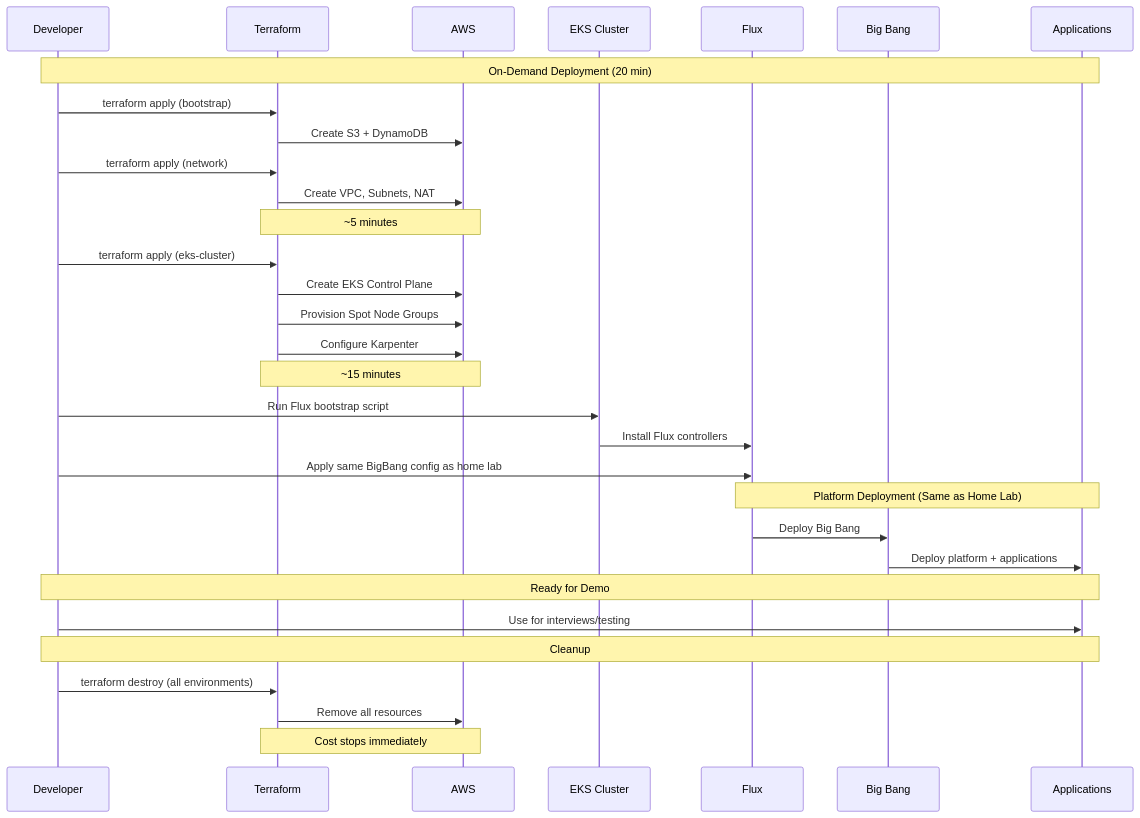
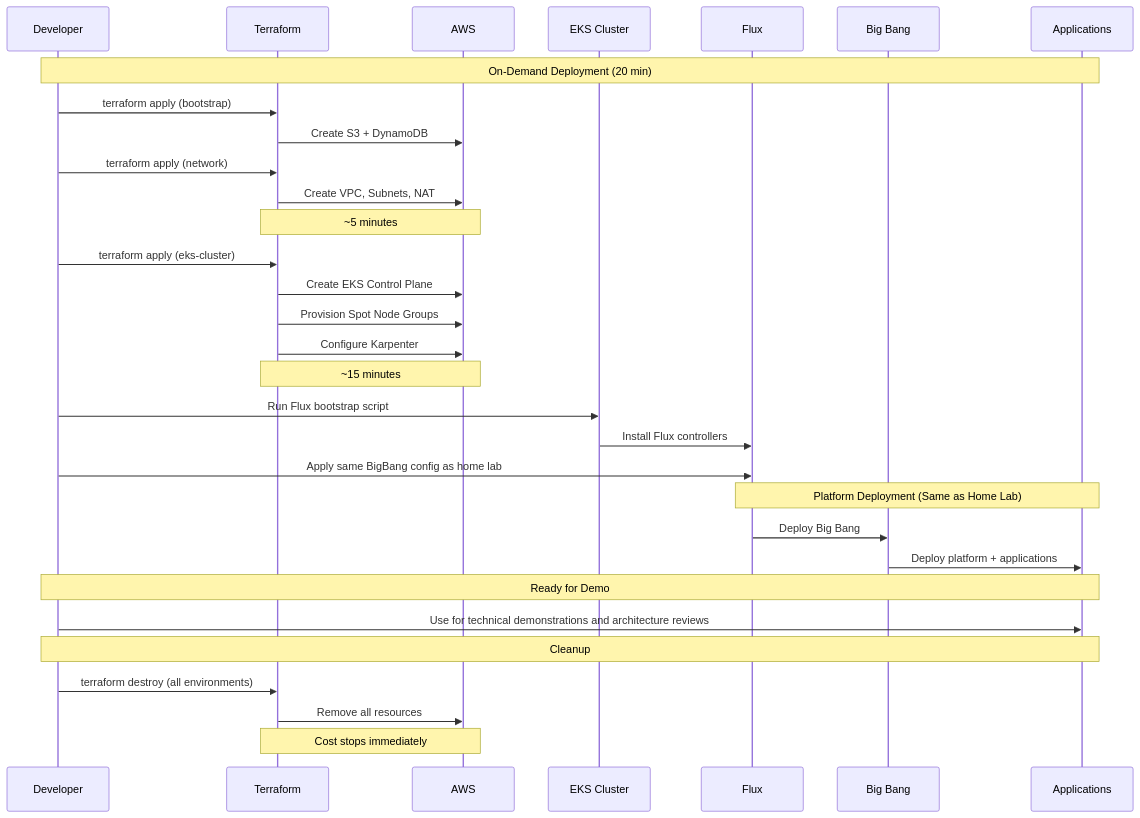
Before and after one commit to zavestudios/zavestudios: the fourth of 5 diagrams in README.md, drawn with Mermaid. The commit also changed other lines of this file, not shown here.

````diff
--- a/README.md
+++ b/README.md
@@ -397,45 +399,45 @@
 ```mermaid
 sequenceDiagram
     participant Dev as Developer
     participant TF as Terraform
     participant AWS as AWS
     participant EKS as EKS Cluster
     participant Flux as Flux
     participant BB as Big Bang
     participant Apps as Applications
 
     Note over Dev,Apps: On-Demand Deployment (20 min)
     
     Dev->>TF: terraform apply (bootstrap)
     TF->>AWS: Create S3 + DynamoDB
     
     Dev->>TF: terraform apply (network)
     TF->>AWS: Create VPC, Subnets, NAT
     Note over TF,AWS: ~5 minutes
     
     Dev->>TF: terraform apply (eks-cluster)
     TF->>AWS: Create EKS Control Plane
     TF->>AWS: Provision Spot Node Groups
     TF->>AWS: Configure Karpenter
     Note over TF,AWS: ~15 minutes
     
     Dev->>EKS: Run Flux bootstrap script
     EKS->>Flux: Install Flux controllers
     
     Dev->>Flux: Apply same BigBang config as home lab
     
     Note over Flux,Apps: Platform Deployment (Same as Home Lab)
     
     Flux->>BB: Deploy Big Bang
     BB->>Apps: Deploy platform + applications
     
     Note over Dev,Apps: Ready for Demo
     
-    Dev->>Apps: Use for interviews/testing
+    Dev->>Apps: Use for technical demonstrations and architecture reviews
     
     Note over Dev,Apps: Cleanup
     
     Dev->>TF: terraform destroy (all environments)
     TF->>AWS: Remove all resources
     Note over TF,AWS: Cost stops immediately
 ```
````
